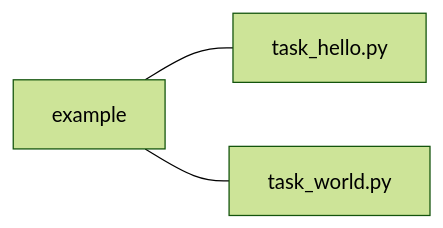
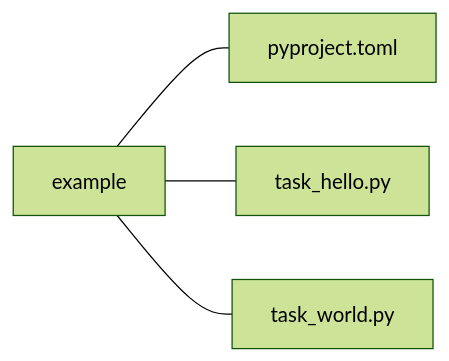
Before and after one commit to OpenSourceEconomics/epp_topics: the diagram in src/epp_topics/python_installation_execution/executing_pytask/screencast/slides.md, drawn with Mermaid (forest theme). The commit also changed other lines of this file and 397 other files, not shown here.

````diff
--- a/src/epp_topics/python_installation_execution/executing_pytask/screencast/slides.md
+++ b/src/epp_topics/python_installation_execution/executing_pytask/screencast/slides.md
@@ -64,6 +58,7 @@
 ```mermaid {theme: 'dark', scale: 0.8}
 graph LR
     classDef highlight fill:#FF4500;
-    A["example"] --- B["task_hello.py"]
-    A["example"] --- C["task_world.py"]
+    A["example"] --- B["pyproject.toml"]
+    A --- C["task_hello.py"]
+    A --- D["task_world.py"]
 ```
````
